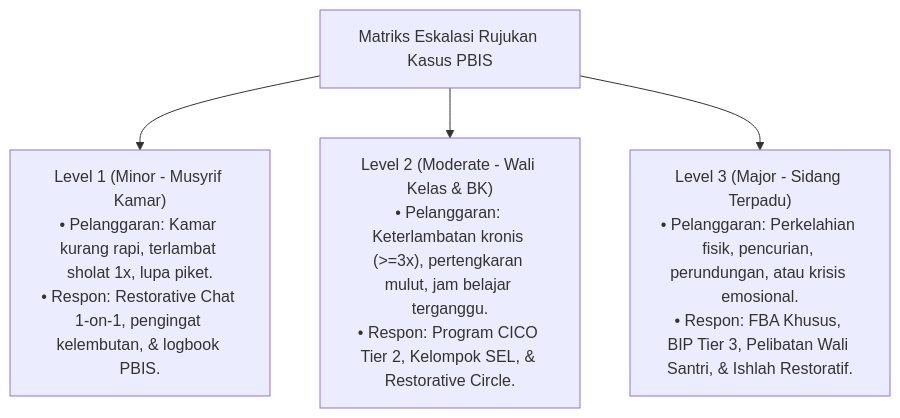
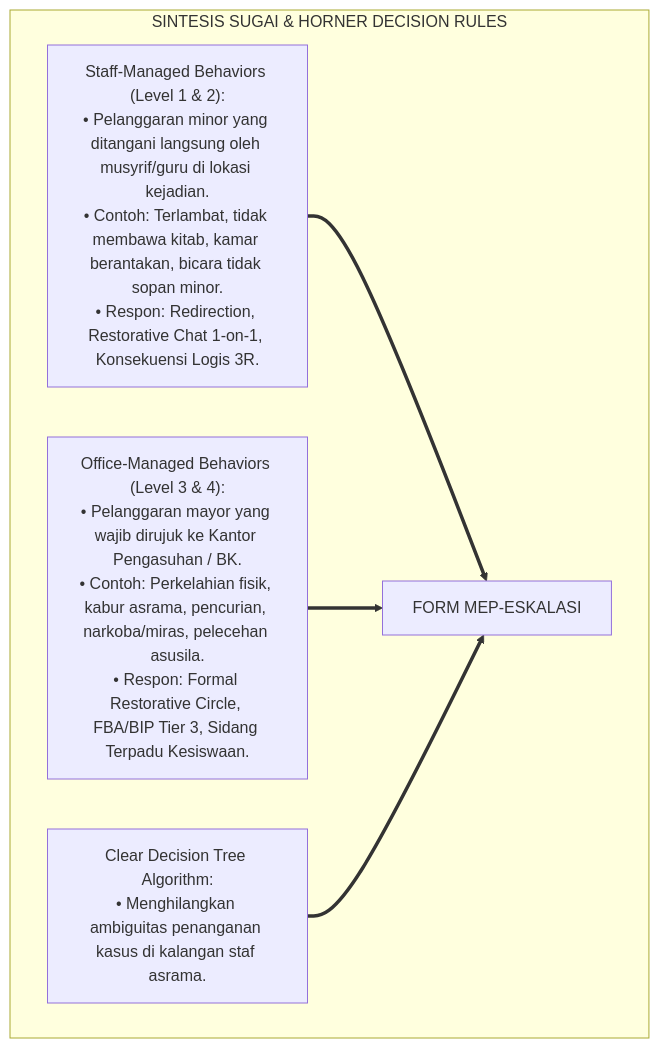
Before and after one commit to wandiapriliyandi/tumbuh: the third of 5 diagrams in 06 Intervention Framework/03 Decision Rules/P6-03-01-Matriks-Eskalasi-Penanganan-Kasus-Perilaku.md, drawn with Mermaid. The commit also changed other lines of this file and 5 other files, not shown here.

Commit message:
docs(06-intervention): complete all 6 research monographs for 03 Decision Rules

````diff
--- a/06 Intervention Framework/03 Decision Rules/P6-03-01-Matriks-Eskalasi-Penanganan-Kasus-Perilaku.md
+++ b/06 Intervention Framework/03 Decision Rules/P6-03-01-Matriks-Eskalasi-Penanganan-Kasus-Perilaku.md
@@ -12,7 +96,12 @@
 ```mermaid
-graph TD
-    MatrixEscalation["Matriks Eskalasi Rujukan Kasus PBIS"]
-    MatrixEscalation --> Level1["Level 1 (Minor - Musyrif Kamar)<br/>• Pelanggaran: Kamar kurang rapi, terlambat sholat 1x, lupa piket.<br/>• Respon: Restorative Chat 1-on-1, pengingat kelembutan, & logbook PBIS."]
-    MatrixEscalation --> Level2["Level 2 (Moderate - Wali Kelas & BK)<br/>• Pelanggaran: Keterlambatan kronis (>=3x), pertengkaran mulut, jam belajar terganggu.<br/>• Respon: Program CICO Tier 2, Kelompok SEL, & Restorative Circle."]
-    MatrixEscalation --> Level3["Level 3 (Major - Sidang Terpadu)<br/>• Pelanggaran: Perkelahian fisik, pencurian, perundungan, atau krisis emosional.<br/>• Respon: FBA Khusus, BIP Tier 3, Pelibatan Wali Santri, & Ishlah Restoratif."]
+flowchart TD
+    subgraph SainsDecisionRulesHornerSugai["SINTESIS SUGAI & HORNER DECISION RULES"]
+        StaffManagedBehaviors["Staff-Managed Behaviors (Level 1 & 2):<br/>• Pelanggaran minor yang ditangani langsung oleh musyrif/guru di lokasi kejadian.<br/>• Contoh: Terlambat, tidak membawa kitab, kamar berantakan, bicara tidak sopan minor.<br/>• Respon: Redirection, Restorative Chat 1-on-1, Konsekuensi Logis 3R."]
+        
+        OfficeManagedBehaviors["Office-Managed Behaviors (Level 3 & 4):<br/>• Pelanggaran mayor yang wajib dirujuk ke Kantor Pengasuhan / BK.<br/>• Contoh: Perkelahian fisik, kabur asrama, pencurian, narkoba/miras, pelecehan asusila.<br/>• Respon: Formal Restorative Circle, FBA/BIP Tier 3, Sidang Terpadu Kesiswaan."]
+        
+        ClearDecisionTree["Clear Decision Tree Algorithm:<br/>• Menghilangkan ambiguitas penanganan kasus di kalangan staf asrama."]
+        
+        StaffManagedBehaviors & OfficeManagedBehaviors & ClearDecisionTree ==> StandarEskalasiTUMBUH["FORM MEP-ESKALASI"]
+    end
 ```
````
